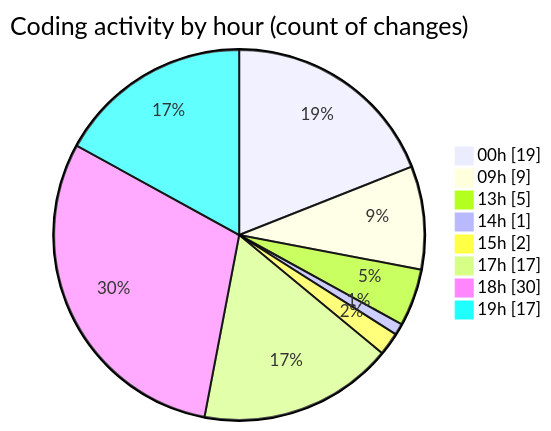
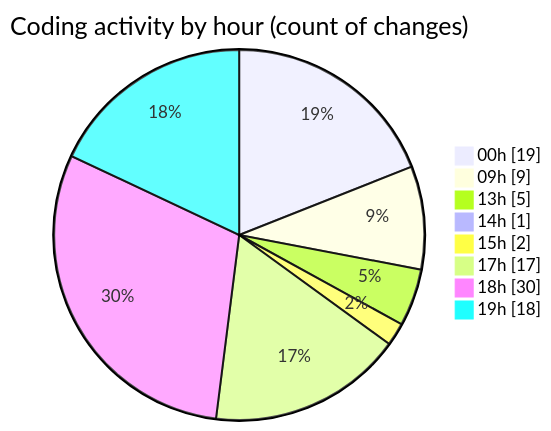
Before and after one commit to EIIisD/code-tracking: the second of 2 diagrams in 2025-08-12/ribbon/README.md, drawn with Mermaid. The commit also changed other lines of this file and 1 other file, not shown here.

````diff
--- a/2025-08-12/ribbon/README.md
+++ b/2025-08-12/ribbon/README.md
@@ -51,12 +51,12 @@
 ```mermaid
 pie showData
 title Coding activity by hour (count of changes)
 "00h" : 19
 "09h" : 9
 "13h" : 5
 "14h" : 1
 "15h" : 2
 "17h" : 17
 "18h" : 30
-"19h" : 17
+"19h" : 18
 ```
````
